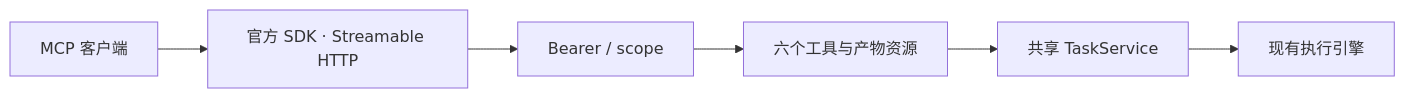
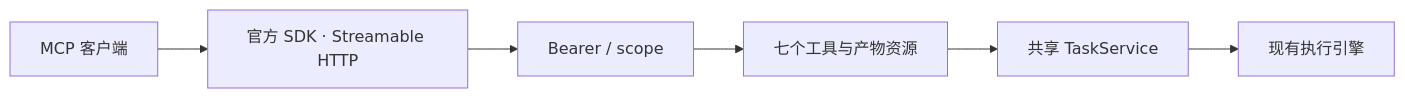
One commit to umeiko/UmEkO changed the diagram in docs/architecture/mcp.md. Above: the diagram before and after it, drawn with Mermaid. The commit also changed other lines of this file and 39 other files, not shown here.

````diff
--- a/docs/architecture/mcp.md
+++ b/docs/architecture/mcp.md
@@ -5,8 +5,8 @@
 ```mermaid
 flowchart LR
     Client[MCP 客户端] --> HTTP[官方 SDK · Streamable HTTP]
     HTTP --> Auth[Bearer / scope]
-    Auth --> Tools[六个工具与产物资源]
+    Auth --> Tools[七个工具与产物资源]
     Tools --> Tasks[共享 TaskService]
     Tasks --> Agent[现有执行引擎]
 ```
````
